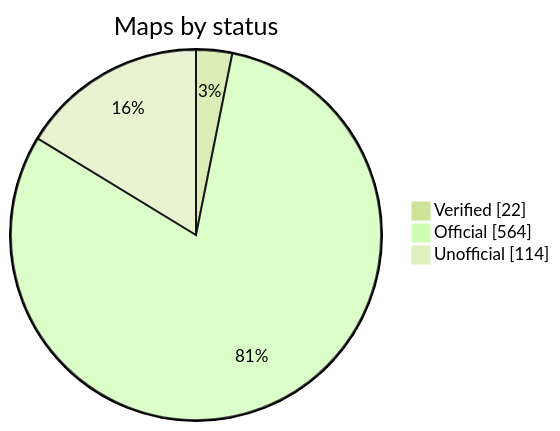
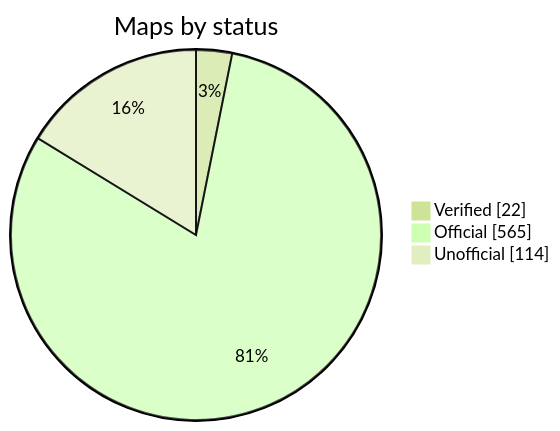
One commit to nobrega8/mbmap-library changed the diagram in README.md. Above: the diagram before and after it, drawn with Mermaid (forest theme). The commit also changed 6 other files, not shown here.

````diff
--- a/README.md
+++ b/README.md
@@ -52,7 +52,7 @@
 ```mermaid
 pie showData
     title Maps by status
     "Verified" : 22
-    "Official" : 564
+    "Official" : 565
     "Unofficial" : 114
 ```
````
